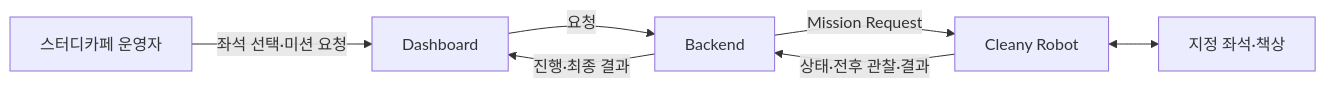
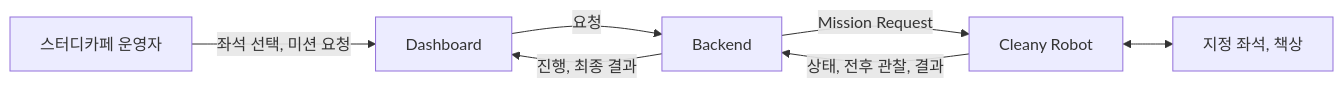
One commit to asm17-moving-agent/cleany-docs changed the diagram in 20_TECHNICAL/01 - System Context.md. Above: the diagram before and after it, drawn with Mermaid. The commit also changed other lines of this file and 53 other files, not shown here.

````diff
--- a/20_TECHNICAL/01 - System Context.md
+++ b/20_TECHNICAL/01 - System Context.md
@@ -18,15 +11,15 @@
 ```mermaid
 flowchart LR
     operator["스터디카페 운영자"]
     dashboard["Dashboard"]
     backend["Backend"]
     robot["Cleany Robot"]
-    site["지정 좌석·책상"]
+    site["지정 좌석, 책상"]
 
-    operator -->|좌석 선택·미션 요청| dashboard
+    operator -->|좌석 선택, 미션 요청| dashboard
     dashboard -->|요청| backend
     backend -->|Mission Request| robot
-    robot -->|상태·전후 관찰·결과| backend
-    backend -->|진행·최종 결과| dashboard
+    robot -->|상태, 전후 관찰, 결과| backend
+    backend -->|진행, 최종 결과| dashboard
     robot <--> site
 ```
````
